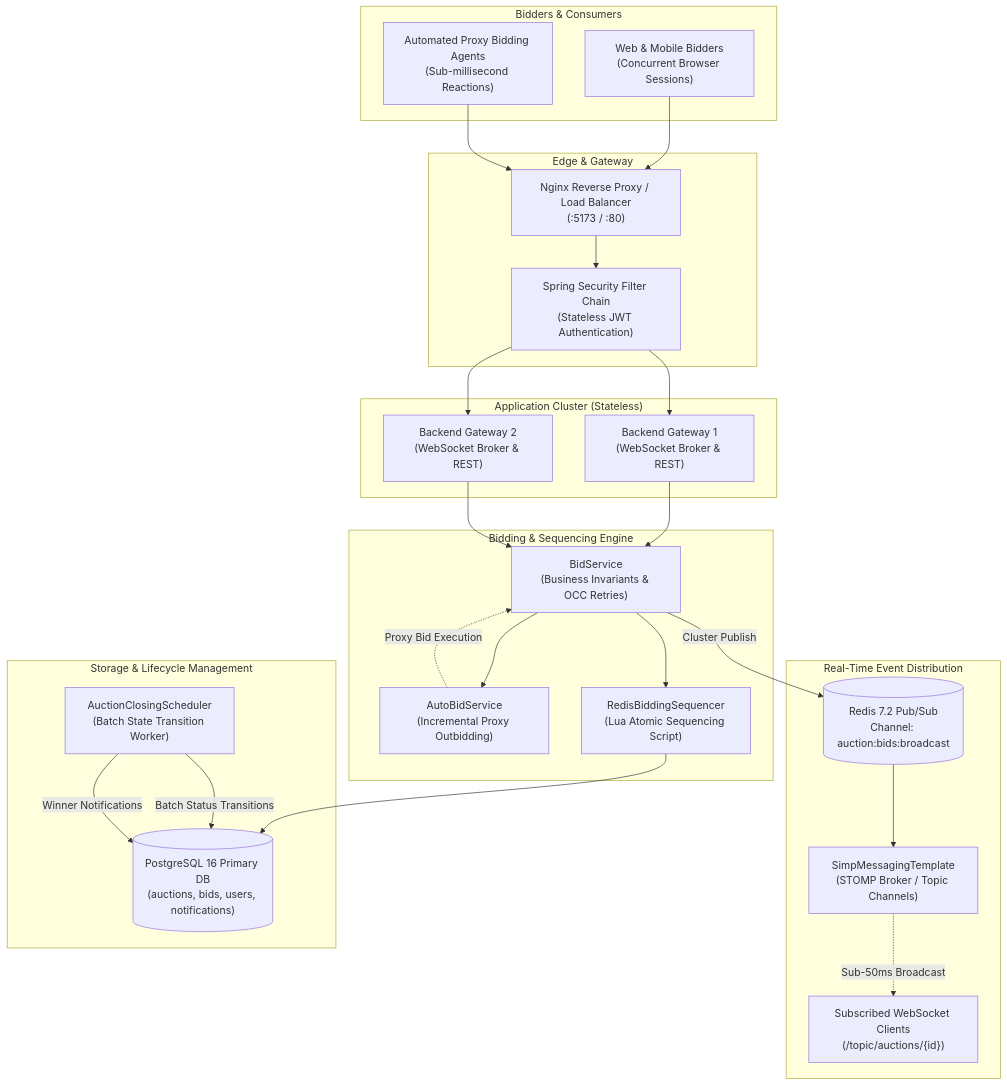
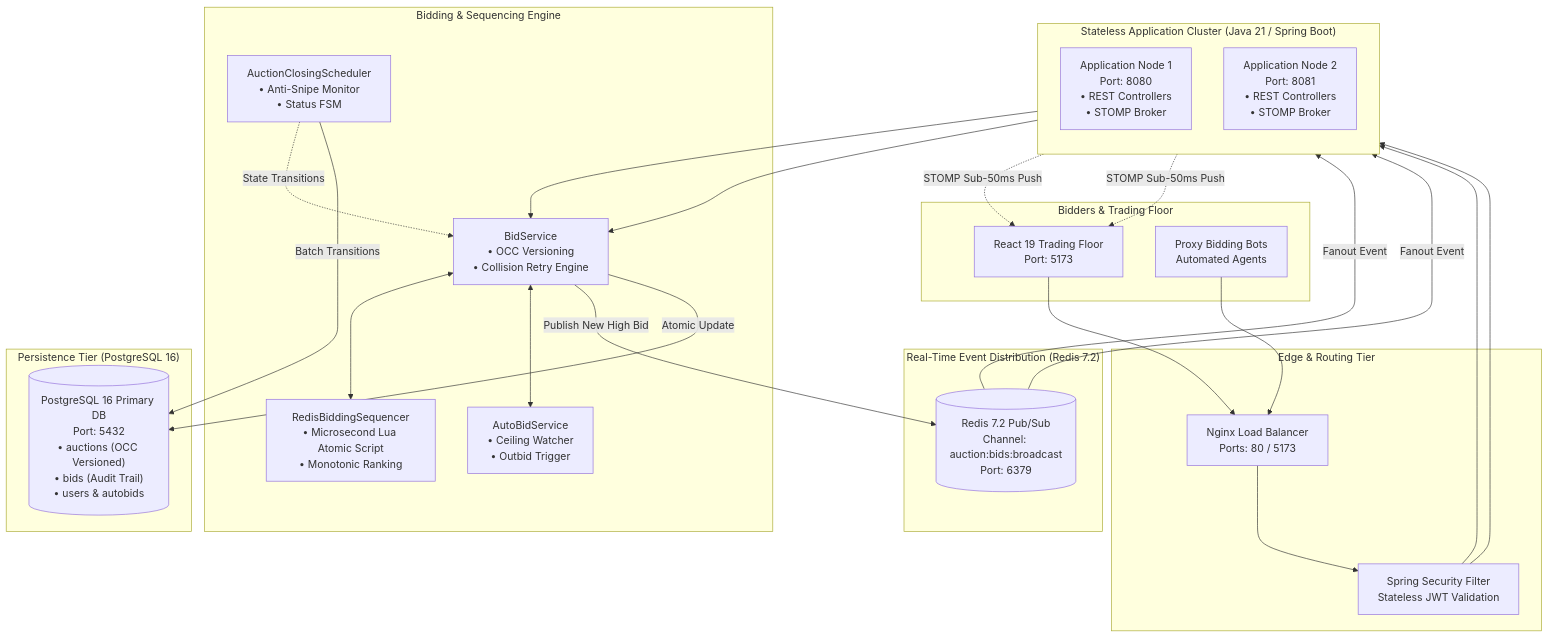
One commit to i-viki/distributed-auction-engine changed the diagram in README.md. Above: the diagram before and after it, drawn with Mermaid. The commit also changed other lines of this file, not shown here.

````diff
--- a/README.md
+++ b/README.md
@@ -65,54 +37,51 @@
 ```mermaid
-flowchart TD
-    subgraph Clients["Bidders & Consumers"]
-        WebBidders["Web & Mobile Bidders\n(Concurrent Browser Sessions)"]
-        BotAgents["Automated Proxy Bidding Agents\n(Sub-millisecond Reactions)"]
+flowchart TB
+    subgraph CLIENT["Bidders & Trading Floor"]
+        UI["React 19 Trading Floor<br/>Port: 5173"]
+        BOTS["Proxy Bidding Bots<br/>Automated Agents"]
     end
 
-    subgraph EdgeTier["Edge & Gateway"]
-        LB["Nginx Reverse Proxy / Load Balancer\n(:5173 / :80)"]
-        SecFilter["Spring Security Filter Chain\n(Stateless JWT Authentication)"]
+    subgraph EDGE["Edge & Routing Tier"]
+        NGINX["Nginx Load Balancer<br/>Ports: 80 / 5173"]
+        SEC["Spring Security Filter<br/>Stateless JWT Validation"]
+        UI --> NGINX
+        BOTS --> NGINX
+        NGINX --> SEC
     end
 
-    subgraph AppCluster["Application Cluster (Stateless)"]
-        AppNode1["Backend Gateway 1\n(WebSocket Broker & REST)"]
-        AppNode2["Backend Gateway 2\n(WebSocket Broker & REST)"]
+    subgraph GATEWAY["Stateless Application Cluster (Java 21 / Spring Boot)"]
+        direction TB
+        NODE1["Application Node 1<br/>Port: 8080<br/>• REST Controllers<br/>• STOMP Broker"]
+        NODE2["Application Node 2<br/>Port: 8081<br/>• REST Controllers<br/>• STOMP Broker"]
+        SEC --> NODE1
+        SEC --> NODE2
     end
 
-    subgraph CoreEngine["Bidding & Sequencing Engine"]
-        BidSvc["BidService\n(Business Invariants & OCC Retries)"]
-        AutoBidSvc["AutoBidService\n(Incremental Proxy Outbidding)"]
-        RedisSequencer["RedisBiddingSequencer\n(Lua Atomic Sequencing Script)"]
+    subgraph ENGINE["Bidding & Sequencing Engine"]
+        BID_SVC["BidService<br/>• OCC Versioning<br/>• Collision Retry Engine"]
+        LUA_SEQ["RedisBiddingSequencer<br/>• Microsecond Lua Atomic Script<br/>• Monotonic Ranking"]
+        AUTO_BID["AutoBidService<br/>• Ceiling Watcher<br/>• Outbid Trigger"]
+        SCHED["AuctionClosingScheduler<br/>• Anti-Snipe Monitor<br/>• Status FSM"]
+        NODE1 --> BID_SVC
+        NODE2 --> BID_SVC
+        BID_SVC <--> LUA_SEQ
+        BID_SVC <--> AUTO_BID
+        SCHED -.->|State Transitions| BID_SVC
     end
 
-    subgraph RealTimeTier["Real-Time Event Distribution"]
-        RedisPubSub[("Redis 7.2 Pub/Sub\nChannel: auction:bids:broadcast")]
-        WSTemplate["SimpMessagingTemplate\n(STOMP Broker / Topic Channels)"]
-        Subscribers["Subscribed WebSocket Clients\n(/topic/auctions/{id})"]
+    subgraph PUB_SUB["Real-Time Event Distribution (Redis 7.2)"]
+        REDIS_BUS[("Redis 7.2 Pub/Sub<br/>Channel: auction:bids:broadcast<br/>Port: 6379")]
+        BID_SVC -->|Publish New High Bid| REDIS_BUS
+        REDIS_BUS -->|Fanout Event| NODE1
+        REDIS_BUS -->|Fanout Event| NODE2
     end
 
-    subgraph PersistenceTier["Storage & Lifecycle Management"]
-        ClosingJob["AuctionClosingScheduler\n(Batch State Transition Worker)"]
-        Postgres[("PostgreSQL 16 Primary DB\n(auctions, bids, users, notifications)")]
+    subgraph STORAGE["Persistence Tier (PostgreSQL 16)"]
+        PG[("PostgreSQL 16 Primary DB<br/>Port: 5432<br/>• auctions (OCC Versioned)<br/>• bids (Audit Trail)<br/>• users & autobids")]
+        BID_SVC -->|Atomic Update| PG
+        SCHED -->|Batch Transitions| PG
     end
 
-    WebBidders --> LB
-    BotAgents --> LB
-    LB --> SecFilter
-    SecFilter --> AppNode1
-    SecFilter --> AppNode2
-
-    AppNode1 --> BidSvc
-    AppNode2 --> BidSvc
-    BidSvc --> RedisSequencer
-    RedisSequencer --> Postgres
-    BidSvc --> AutoBidSvc
-    AutoBidSvc -. "Proxy Bid Execution" .-> BidSvc
-
-    BidSvc -- "Cluster Publish" --> RedisPubSub
-    RedisPubSub --> WSTemplate
-    WSTemplate -. "Sub-50ms Broadcast" .-> Subscribers
-
-    ClosingJob -- "Batch Status Transitions" --> Postgres
-    ClosingJob -- "Winner Notifications" --> Postgres
+    NODE1 -.->|STOMP Sub-50ms Push| UI
+    NODE2 -.->|STOMP Sub-50ms Push| UI
 ```
````
